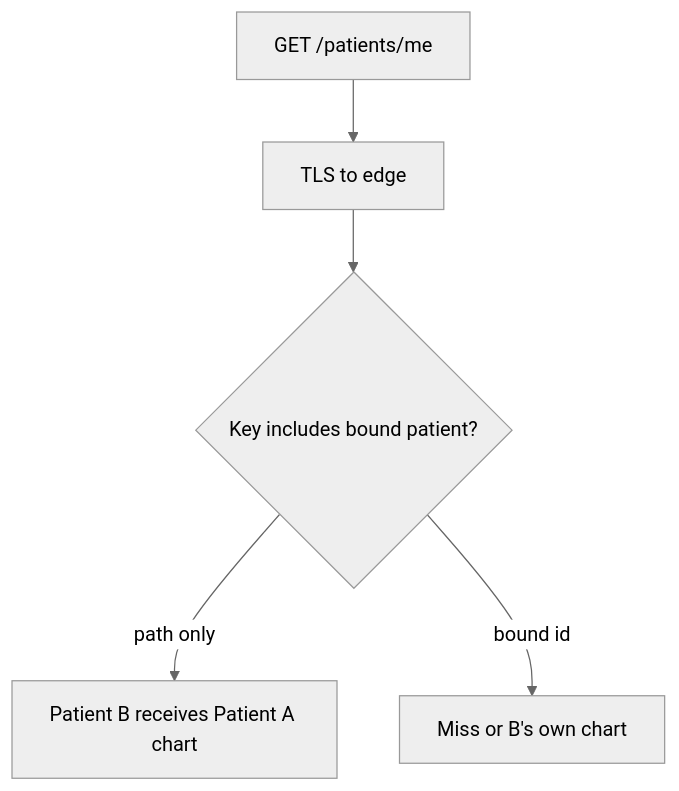
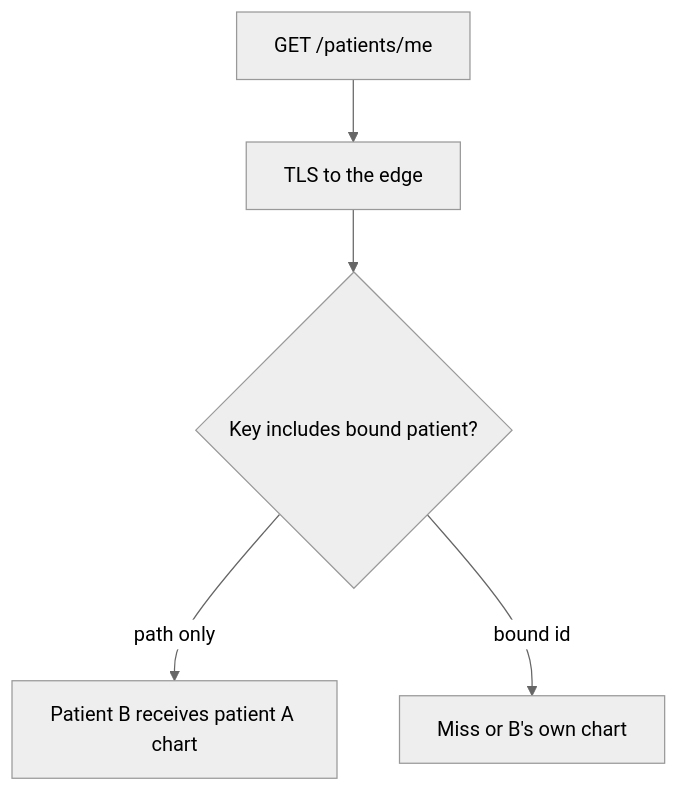
One commit to ishitvagoel/LearnSecurity changed the diagram in content/modules/2/2.2/lessons/07-transfer.md. Above: the diagram before and after it, drawn with Mermaid (neutral theme). The commit also changed other lines of this file and 7 other files, not shown here.

````diff
--- a/content/modules/2/2.2/lessons/07-transfer.md
+++ b/content/modules/2/2.2/lessons/07-transfer.md
@@ -26,7 +21,7 @@
 ```mermaid
 flowchart TD
-  Me["GET /patients/me"] --> TLS["TLS to edge"]
+  Me["GET /patients/me"] --> TLS["TLS to the edge"]
   TLS --> Key{Key includes bound patient?}
-  Key -->|path only| Leak["Patient B receives Patient A chart"]
+  Key -->|path only| Leak["Patient B receives patient A chart"]
   Key -->|bound id| Ok["Miss or B's own chart"]
 ```
````
